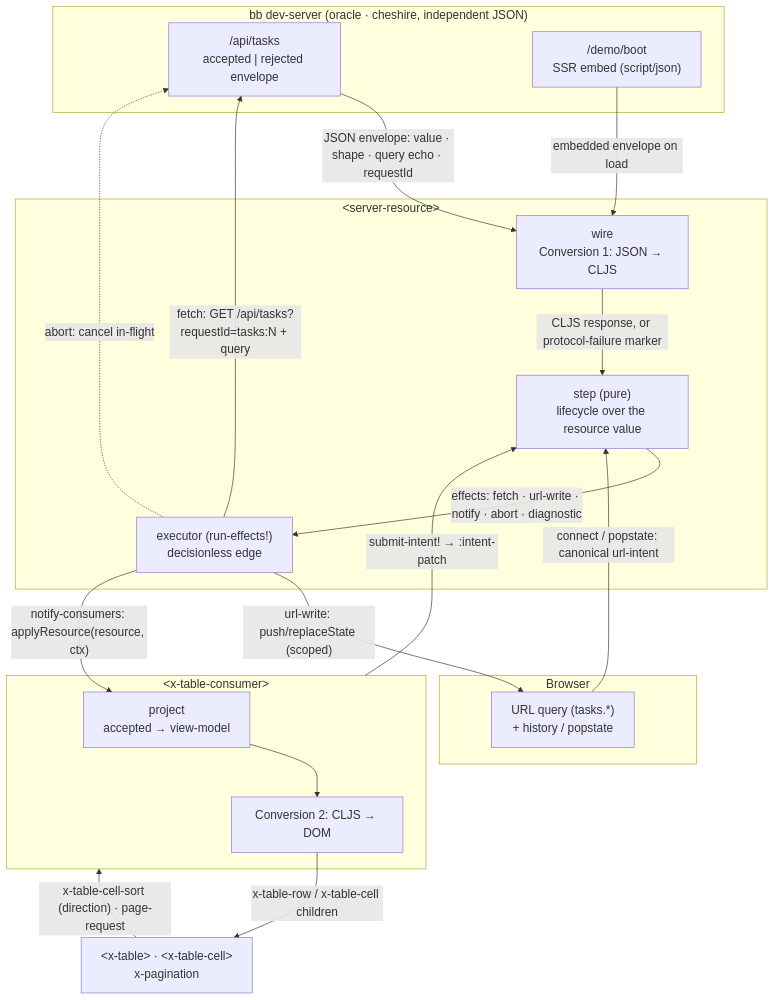
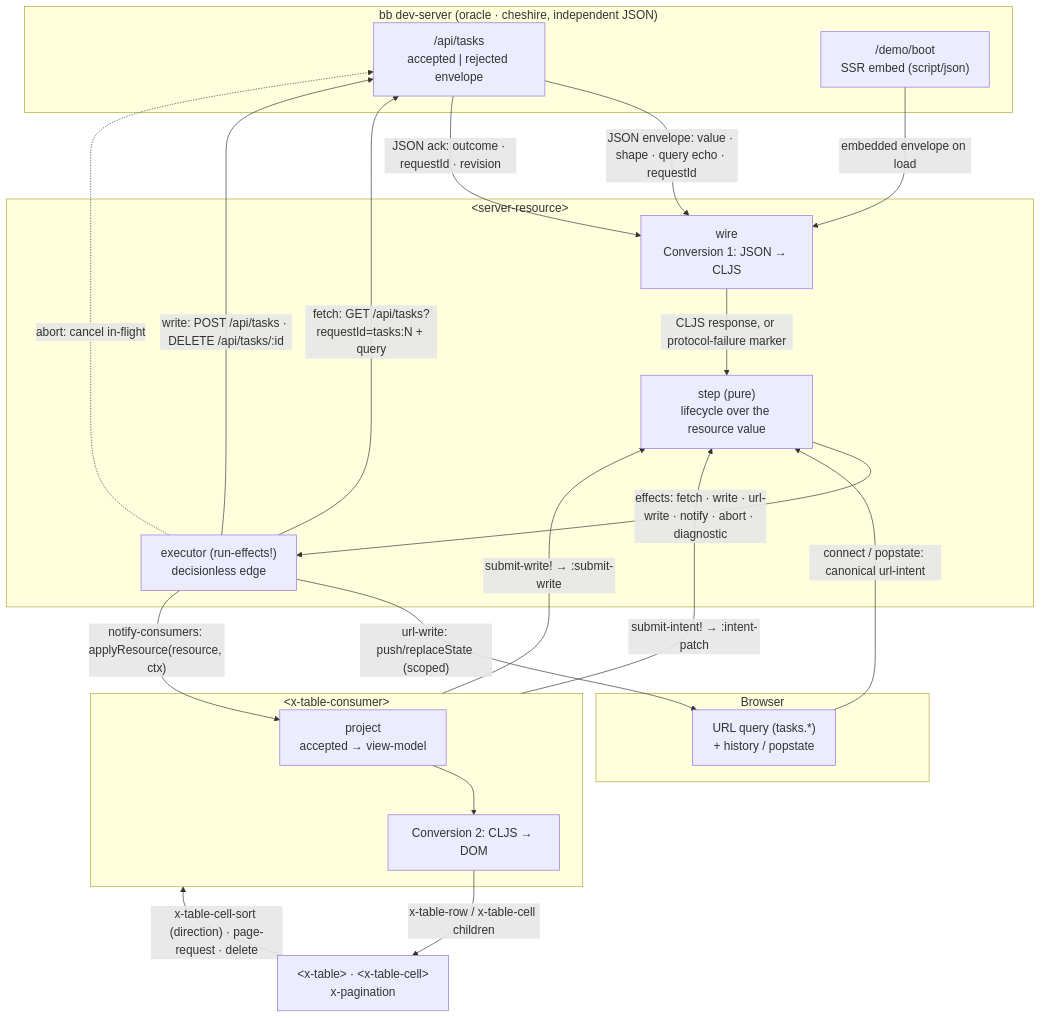
One commit to avanelsas/baredom changed the first of 3 diagrams in barebuild/docs/architecture-diagram.md. Above: the diagram before and after it, drawn with Mermaid. The commit also changed other lines of this file and 6 other files, not shown here.

````diff
--- a/barebuild/docs/architecture-diagram.md
+++ b/barebuild/docs/architecture-diagram.md
@@ -13,39 +14,42 @@
 ```mermaid
 %%{init: {'themeVariables': {'fontSize': '18px'}}}%%
 flowchart TB
   subgraph SERVER["bb dev-server (oracle · cheshire, independent JSON)"]
     API["/api/tasks<br/>accepted | rejected envelope"]
     BOOT["/demo/boot<br/>SSR embed (script/json)"]
   end
 
   subgraph BROWSER["Browser"]
     URL["URL query (tasks.*)<br/>+ history / popstate"]
   end
 
   subgraph SR["&lt;server-resource&gt;"]
     WIRE["wire<br/>Conversion 1: JSON → CLJS"]
     STEP["step (pure)<br/>lifecycle over the resource value"]
     EXEC["executor (run-effects!)<br/>decisionless edge"]
   end
 
   subgraph CONS["&lt;x-table-consumer&gt;"]
     PROJ["project<br/>accepted → view-model"]
     C2["Conversion 2: CLJS → DOM"]
   end
 
   TABLE["&lt;x-table&gt; · &lt;x-table-cell&gt;<br/>x-pagination"]
 
   URL -->|"connect / popstate: canonical url-intent"| STEP
   BOOT -->|"embedded envelope on load"| WIRE
   EXEC -->|"fetch: GET /api/tasks?requestId=tasks:N + query"| API
+  EXEC -->|"write: POST /api/tasks · DELETE /api/tasks/:id"| API
   EXEC -.->|"abort: cancel in-flight"| API
   API -->|"JSON envelope: value · shape · query echo · requestId"| WIRE
+  API -->|"JSON ack: outcome · requestId · revision"| WIRE
   WIRE -->|"CLJS response, or protocol-failure marker"| STEP
-  STEP -->|"effects: fetch · url-write · notify · abort · diagnostic"| EXEC
+  STEP -->|"effects: fetch · write · url-write · notify · abort · diagnostic"| EXEC
   EXEC -->|"url-write: push/replaceState (scoped)"| URL
   EXEC -->|"notify-consumers: applyResource(resource, ctx)"| PROJ
   PROJ --> C2
   C2 -->|"x-table-row / x-table-cell children"| TABLE
-  TABLE -->|"x-table-cell-sort (direction) · page-request"| CONS
+  TABLE -->|"x-table-cell-sort (direction) · page-request · delete"| CONS
   CONS -->|"submit-intent! → :intent-patch"| STEP
+  CONS -->|"submit-write! → :submit-write"| STEP
 ```
````
